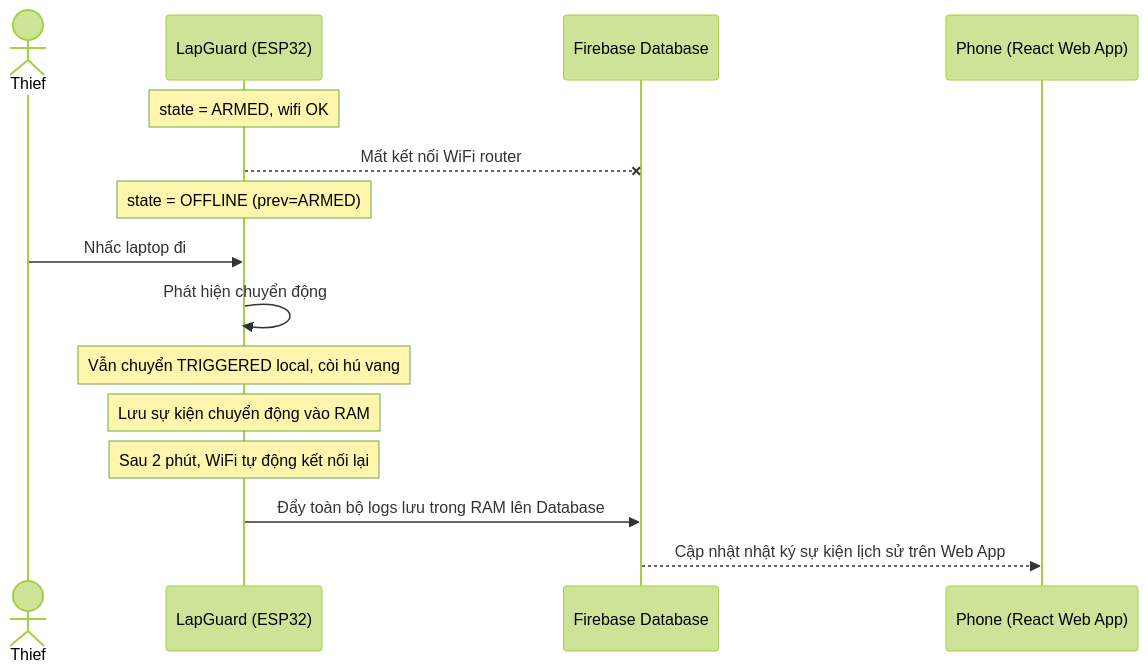
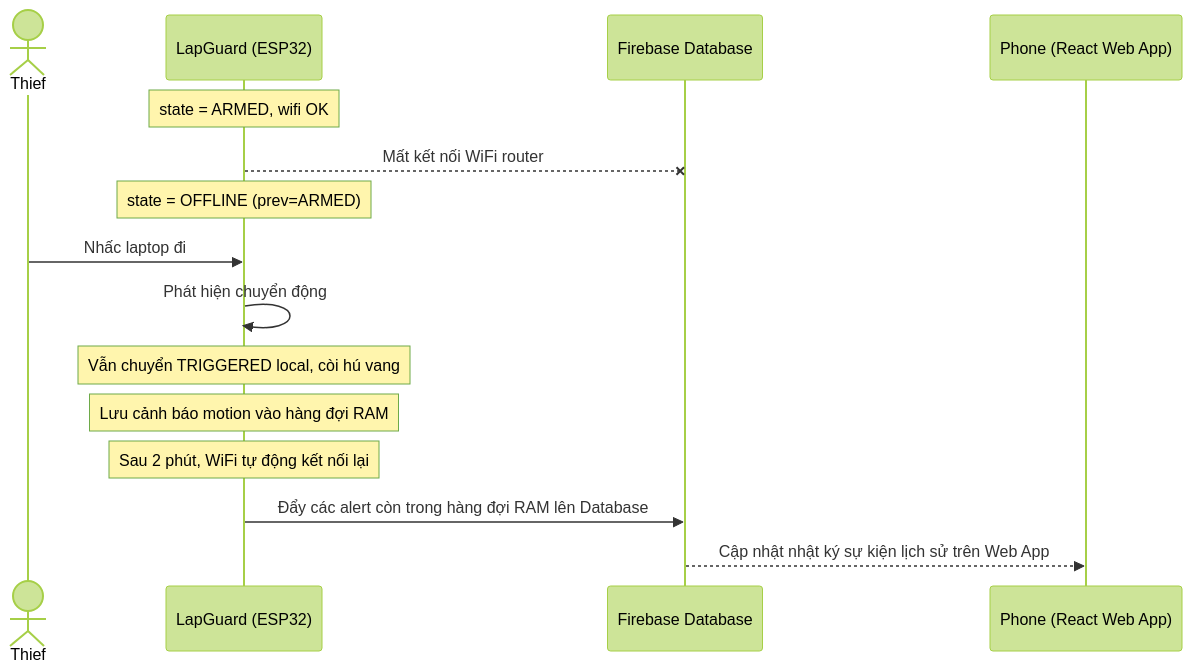
One commit to NHP234/AIoT changed the fifth of 5 diagrams in docs/03-system-architecture.md. Above: the diagram before and after it, drawn with Mermaid (forest theme). The commit also changed other lines of this file and 5 other files, not shown here.

Commit message:
docs: align Firebase architecture plan

````diff
--- a/docs/03-system-architecture.md
+++ b/docs/03-system-architecture.md
@@ -317,18 +317,18 @@
 ```mermaid
 sequenceDiagram
     actor T as Thief
     participant L as LapGuard (ESP32)
     participant FB as Firebase Database
     participant P as Phone (React Web App)
 
     Note over L: state = ARMED, wifi OK
     L--xFB: Mất kết nối WiFi router
     Note over L: state = OFFLINE (prev=ARMED)
     T->>L: Nhấc laptop đi
     L->>L: Phát hiện chuyển động
     Note over L: Vẫn chuyển TRIGGERED local, còi hú vang
-    Note over L: Lưu sự kiện chuyển động vào RAM
+    Note over L: Lưu cảnh báo motion vào hàng đợi RAM
     Note over L: Sau 2 phút, WiFi tự động kết nối lại
-    L->>FB: Đẩy toàn bộ logs lưu trong RAM lên Database
+    L->>FB: Đẩy các alert còn trong hàng đợi RAM lên Database
     FB-->>P: Cập nhật nhật ký sự kiện lịch sử trên Web App
 ```
````
